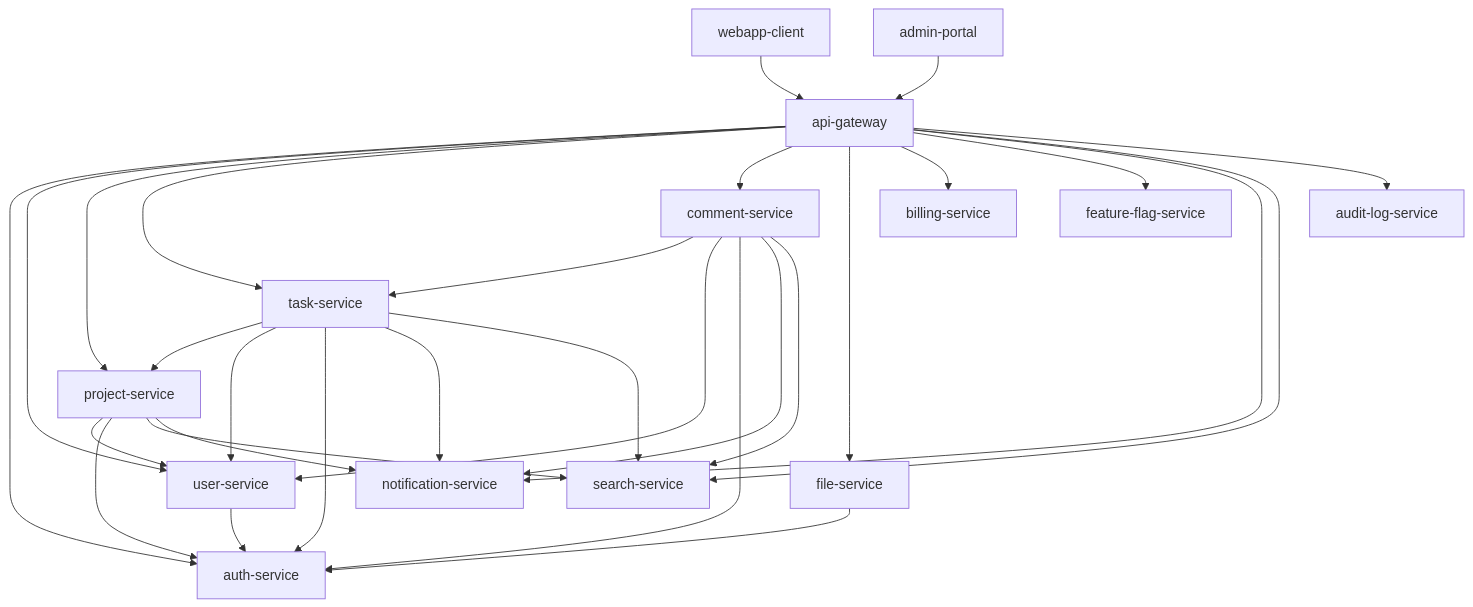
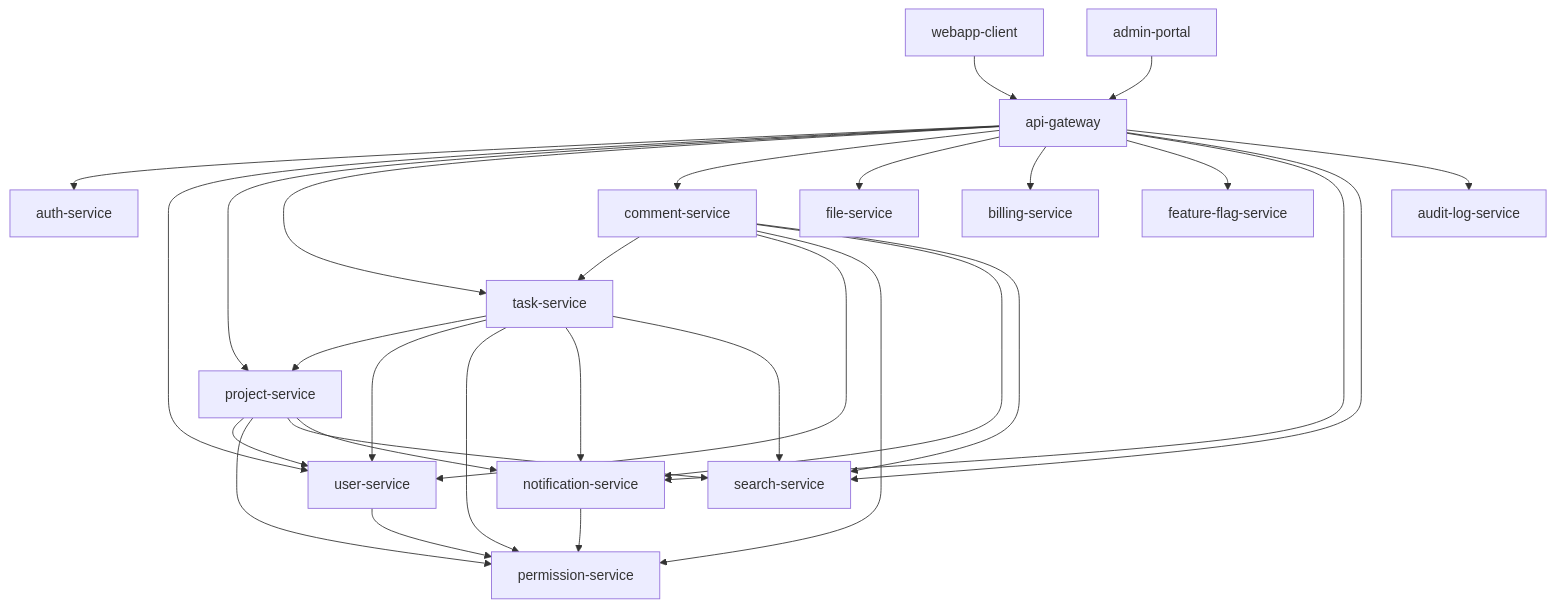
The diagram in diagram.mermaid (morph-playground/.github), drawn with Mermaid before and after one commit. The commit also changed 3 other files, not shown here.

Commit message:
fix permission-service

```diff
--- a/diagram.mermaid
+++ b/diagram.mermaid
@@ -1,35 +1,34 @@
 graph TD
 
 %% Webapps enter via API Gateway
     webapp-client --> api-gateway
     admin-portal --> api-gateway
 %% Gateway routes only to entry-point services
     api-gateway --> auth-service
     api-gateway --> user-service
     api-gateway --> project-service
     api-gateway --> task-service
     api-gateway --> comment-service
     api-gateway --> file-service
     api-gateway --> billing-service
     api-gateway --> feature-flag-service
     api-gateway --> notification-service
     api-gateway --> search-service
     api-gateway --> audit-log-service
-%% Core service dependencies
+
     task-service --> project-service
     task-service --> user-service
-    task-service --> auth-service
+    task-service --> permission-service
     comment-service --> task-service
     comment-service --> user-service
-    comment-service --> auth-service
-    file-service --> auth-service
+    comment-service --> permission-service
     project-service --> user-service
-    project-service --> auth-service
-    user-service --> auth-service
-%% Supporting services (1-way dependencies)
+    project-service --> permission-service
+    user-service --> permission-service
     task-service --> notification-service
     task-service --> search-service
     comment-service --> notification-service
     comment-service --> search-service
     project-service --> search-service
     project-service --> notification-service
+    notification-service --> permission-service
```
